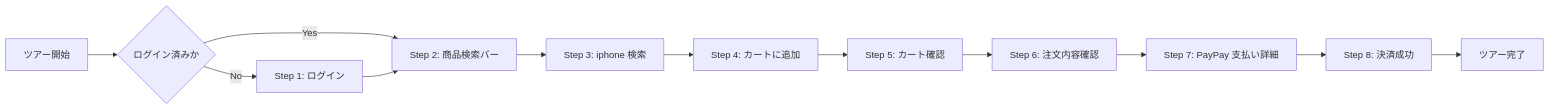
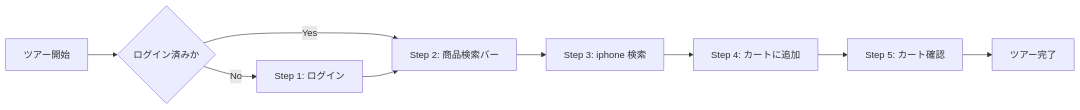
One commit to jasonw-lab/ec-demo changed the diagram in docs/proposals/feaature-travel/product-tour-requirements.md. Above: the diagram before and after it, drawn with Mermaid. The commit also changed other lines of this file and 12 other files, not shown here.

````diff
--- a/docs/proposals/feaature-travel/product-tour-requirements.md
+++ b/docs/proposals/feaature-travel/product-tour-requirements.md
@@ -49,14 +48,11 @@
 ```mermaid
 flowchart LR
     A[ツアー開始] --> B{ログイン済みか}
     B -- No --> C[Step 1: ログイン]
     B -- Yes --> D[Step 2: 商品検索バー]
     C --> D
     D --> E[Step 3: iphone 検索]
     E --> F[Step 4: カートに追加]
     F --> G[Step 5: カート確認]
-    G --> H[Step 6: 注文内容確認]
-    H --> I[Step 7: PayPay 支払い詳細]
-    I --> J[Step 8: 決済成功]
-    J --> K[ツアー完了]
+    G --> H[ツアー完了]
 ```
````
